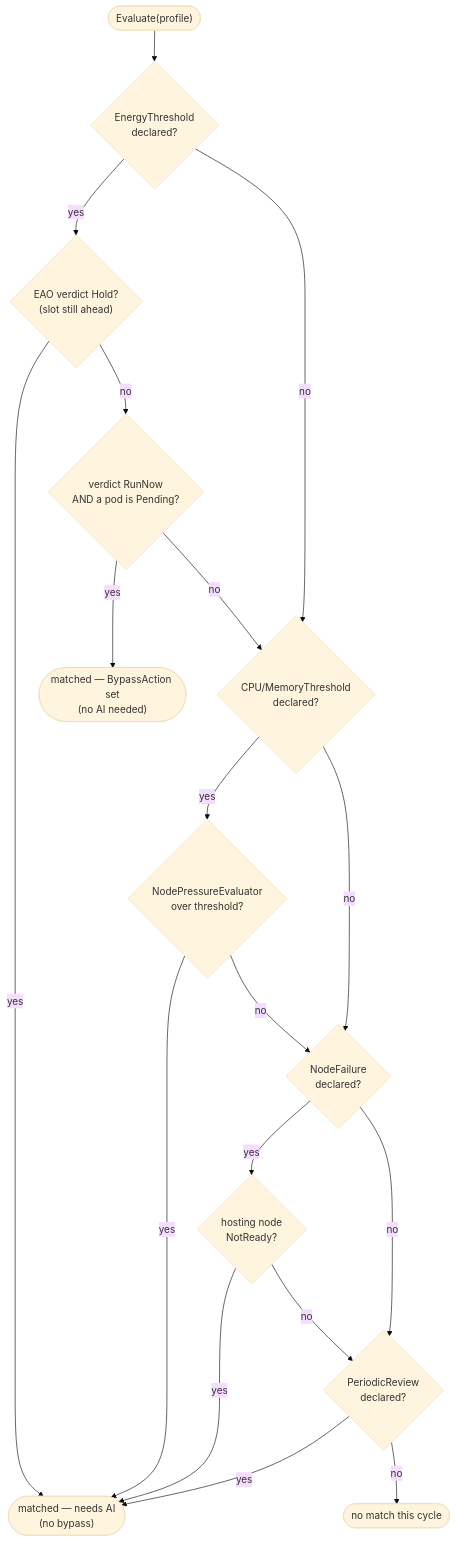
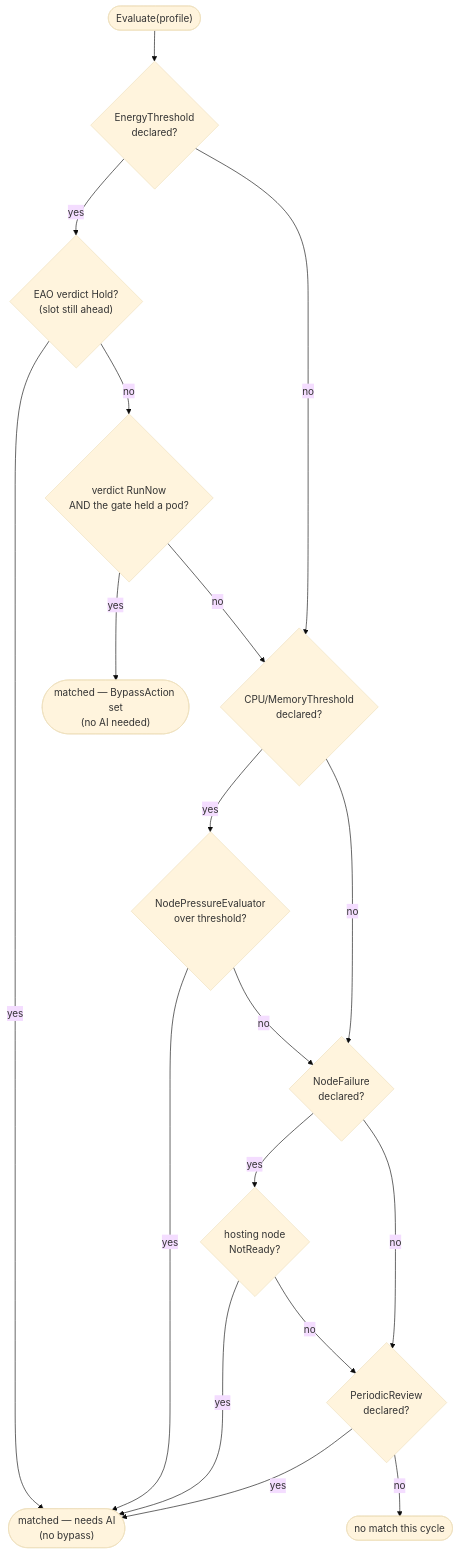
One commit to HIRO-MicroDataCenters-BV/hiro-adaptive-orchestrator changed the fifth of 35 diagrams in internal/rebalance/README.md. Above: the diagram before and after it, drawn with Mermaid (base theme). The commit also changed other lines of this file and 33 other files, not shown here.

Commit message:
Refuse Move and AdjustResources during an energy hold, retry only pods the gate held, make the retry age configurable, and flag undeclared autoscalers

````diff
--- a/internal/rebalance/README.md
+++ b/internal/rebalance/README.md
@@ -204,20 +205,20 @@
 ```mermaid
 flowchart TD
     Start(["Evaluate(profile)"]) --> C1{"EnergyThreshold<br/>declared?"}
     C1 -- yes --> E1{"EAO verdict Hold?<br/>(slot still ahead)"}
     E1 -- yes --> Match(["matched — needs AI<br/>(no bypass)"])
-    E1 -- no --> E2{"verdict RunNow<br/>AND a pod is Pending?"}
+    E1 -- no --> E2{"verdict RunNow<br/>AND the gate held a pod?"}
     E2 -- yes --> Bypass(["matched — BypassAction set<br/>(no AI needed)"])
     E2 -- no --> C2
     C1 -- no --> C2{"CPU/MemoryThreshold<br/>declared?"}
     C2 -- yes --> P{"NodePressureEvaluator<br/>over threshold?"}
     P -- yes --> Match
     P -- no --> C3
     C2 -- no --> C3{"NodeFailure<br/>declared?"}
     C3 -- yes --> N{"hosting node<br/>NotReady?"}
     N -- yes --> Match
     N -- no --> C4
     C3 -- no --> C4{"PeriodicReview<br/>declared?"}
     C4 -- yes --> Match
     C4 -- no --> None(["no match this cycle"])
 ```
````
